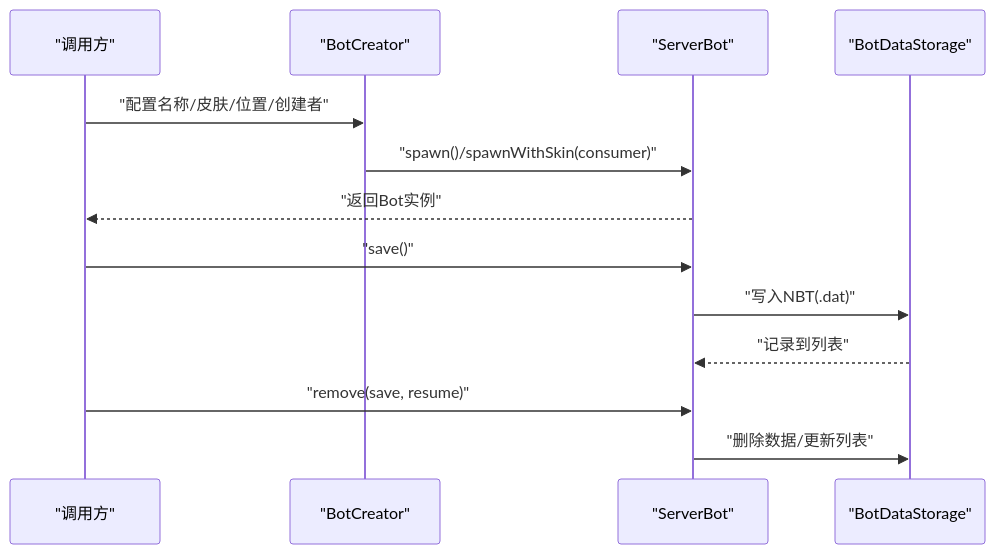
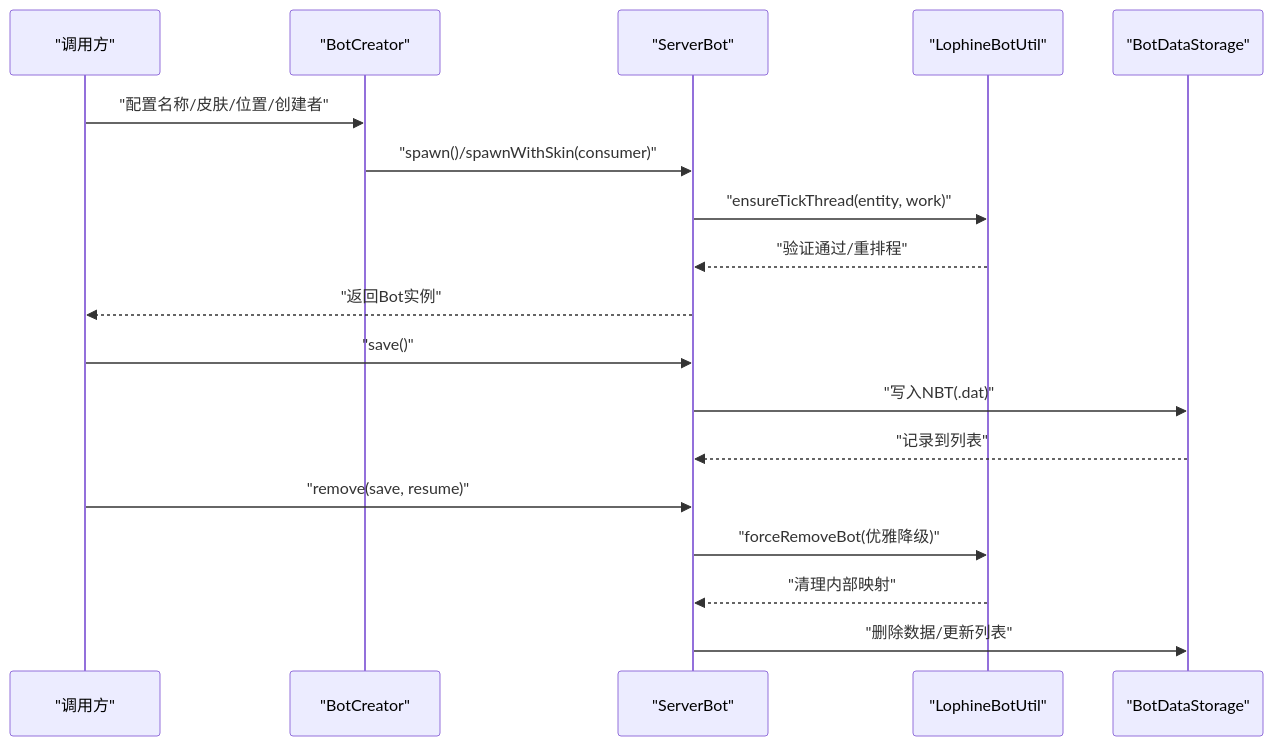
The third of 9 diagrams in .qoder/repowiki/zh/content/机器人系统/机器人系统.md (xucy10/Lophine1.21.11), drawn with Mermaid before and after one commit. The commit also changed other lines of this file and 54 other files, not shown here.

````diff
--- a/.qoder/repowiki/zh/content/机器人系统/机器人系统.md
+++ b/.qoder/repowiki/zh/content/机器人系统/机器人系统.md
@@ -160,15 +187,20 @@
 ```mermaid
 sequenceDiagram
 participant U as "调用方"
 participant CM as "BotCreator"
 participant SM as "ServerBot"
+participant LBU as "LophineBotUtil"
 participant DS as "BotDataStorage"
 U->>CM : "配置名称/皮肤/位置/创建者"
 CM->>SM : "spawn()/spawnWithSkin(consumer)"
+SM->>LBU : "ensureTickThread(entity, work)"
+LBU-->>SM : "验证通过/重排程"
 SM-->>U : "返回Bot实例"
 U->>SM : "save()"
 SM->>DS : "写入NBT(.dat)"
 DS-->>SM : "记录到列表"
 U->>SM : "remove(save, resume)"
+SM->>LBU : "forceRemoveBot(优雅降级)"
+LBU-->>SM : "清理内部映射"
 SM->>DS : "删除数据/更新列表"
 ```
````
